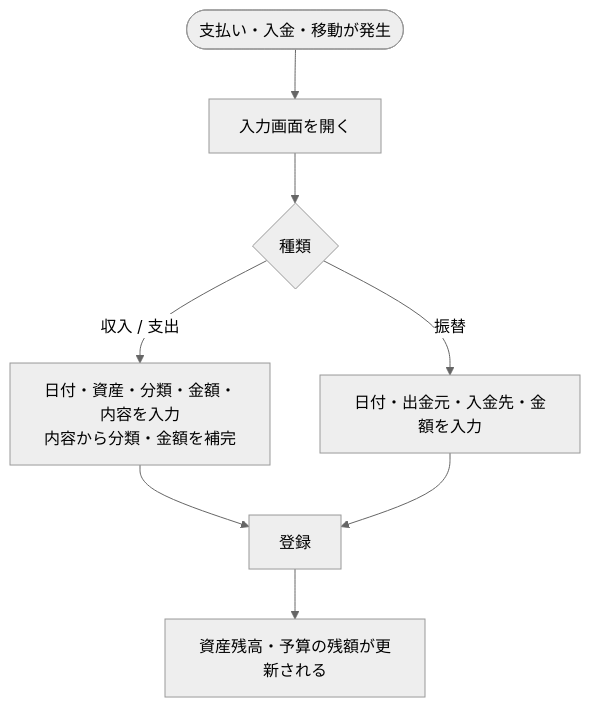
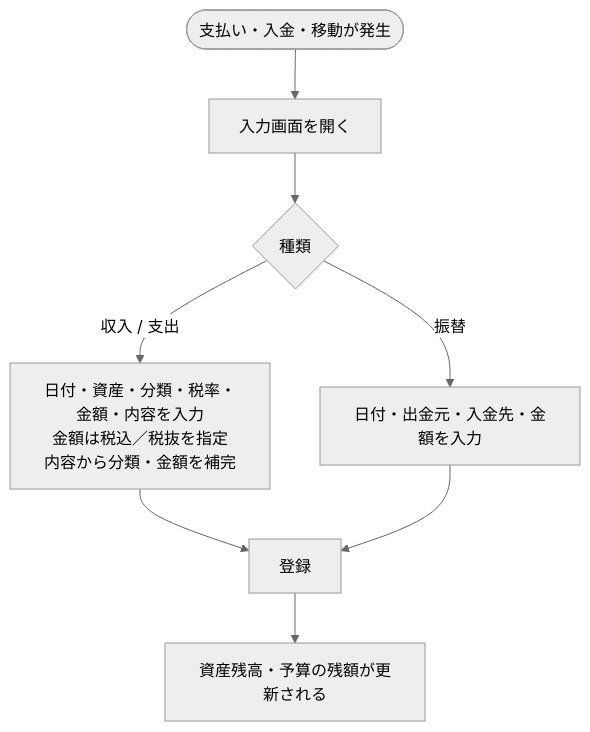
The second of 3 diagrams in docs/01_requirements.md (major182/BudgetManager), drawn with Mermaid (neutral theme) before and after one commit. The commit also changed other lines of this file, not shown here.

````diff
--- a/docs/01_requirements.md
+++ b/docs/01_requirements.md
@@ -120,10 +120,10 @@
 ```mermaid
 flowchart TD
     S([支払い・入金・移動が発生]) --> A[入力画面を開く]
     A --> B{種類}
-    B -->|収入 / 支出| C[日付・資産・分類・金額・内容を入力<br/>内容から分類・金額を補完]
+    B -->|収入 / 支出| C[日付・資産・分類・税率・金額・内容を入力<br/>金額は税込／税抜を指定<br/>内容から分類・金額を補完]
     B -->|振替| D[日付・出金元・入金先・金額を入力]
     C --> E[登録]
     D --> E
     E --> F[資産残高・予算の残額が更新される]
 ```
````
